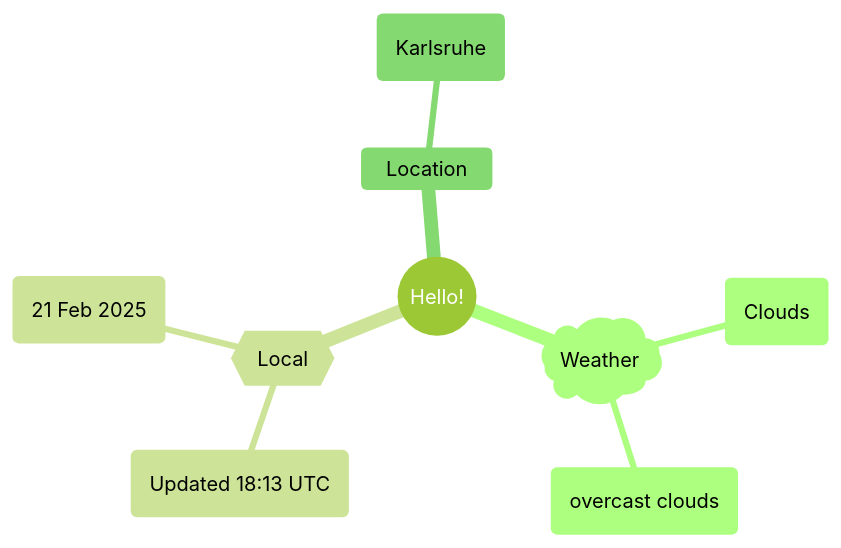
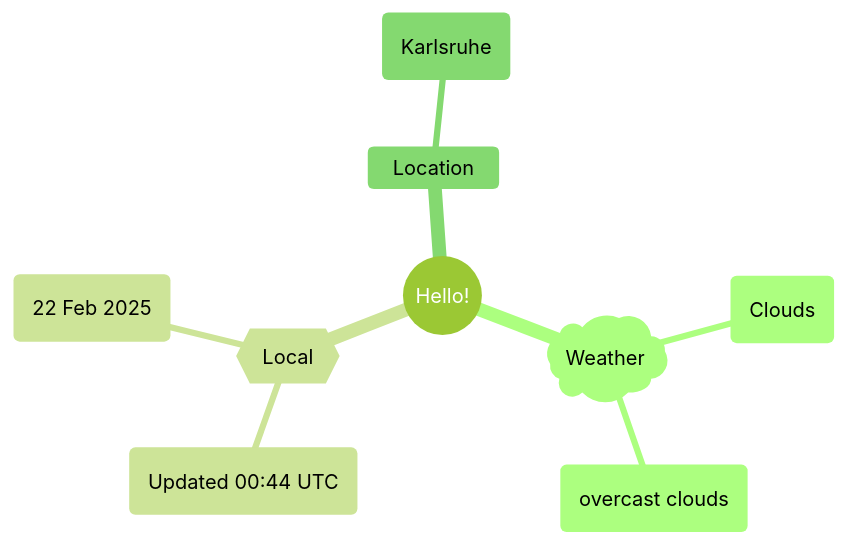
One commit to Xosrov/Xosrov changed the first of 2 diagrams in README.md. Above: the diagram before and after it, drawn with Mermaid (forest theme).

Commit message:
[bot] updated images

````diff
--- a/README.md
+++ b/README.md
@@ -3,12 +3,12 @@
 ```mermaid
 mindmap
   root((Hello!))
     )Weather(
         (Clouds)
         (overcast clouds)
     {{Local}}
-        (Updated 18:13 UTC)
-        (21 Feb 2025)
+        (Updated 00:44 UTC)
+        (22 Feb 2025)
     Location
         (Karlsruhe)
 ```
````
